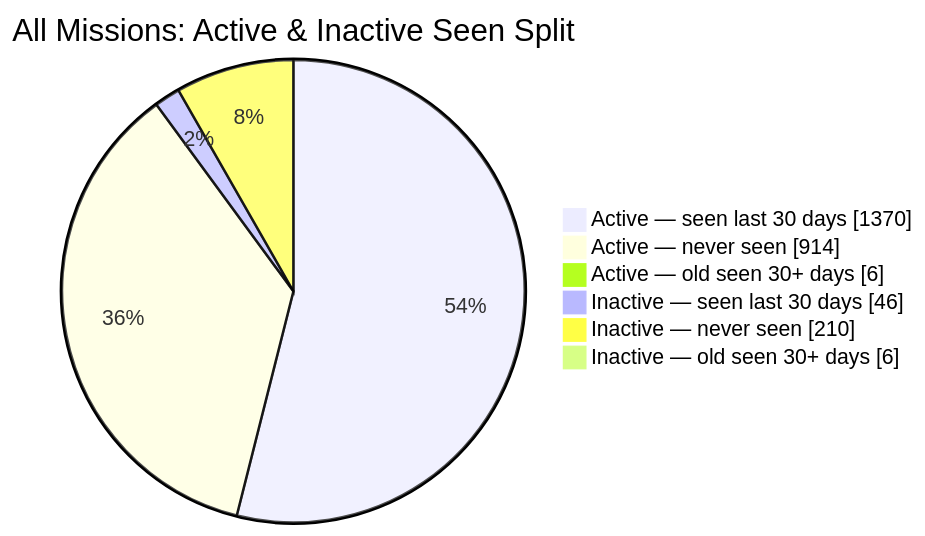
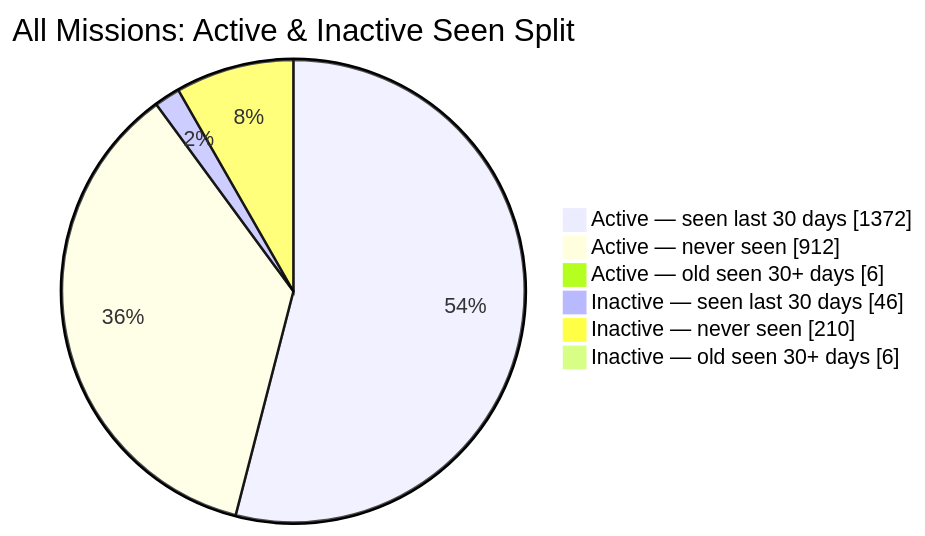
The second of 2 diagrams in README.md (MeldkamerspelGameTeam/active-missions), drawn with Mermaid before and after one commit. The commit also changed other lines of this file and 2 other files, not shown here.

````diff
--- a/README.md
+++ b/README.md
@@ -44,10 +44,10 @@
 ```mermaid
 pie showData
     title All Missions: Active & Inactive Seen Split
-    "Active — seen last 30 days" : 1370
-    "Active — never seen" : 914
+    "Active — seen last 30 days" : 1372
+    "Active — never seen" : 912
     "Active — old seen 30+ days" : 6
     "Inactive — seen last 30 days" : 46
     "Inactive — never seen" : 210
     "Inactive — old seen 30+ days" : 6
 ```
````
